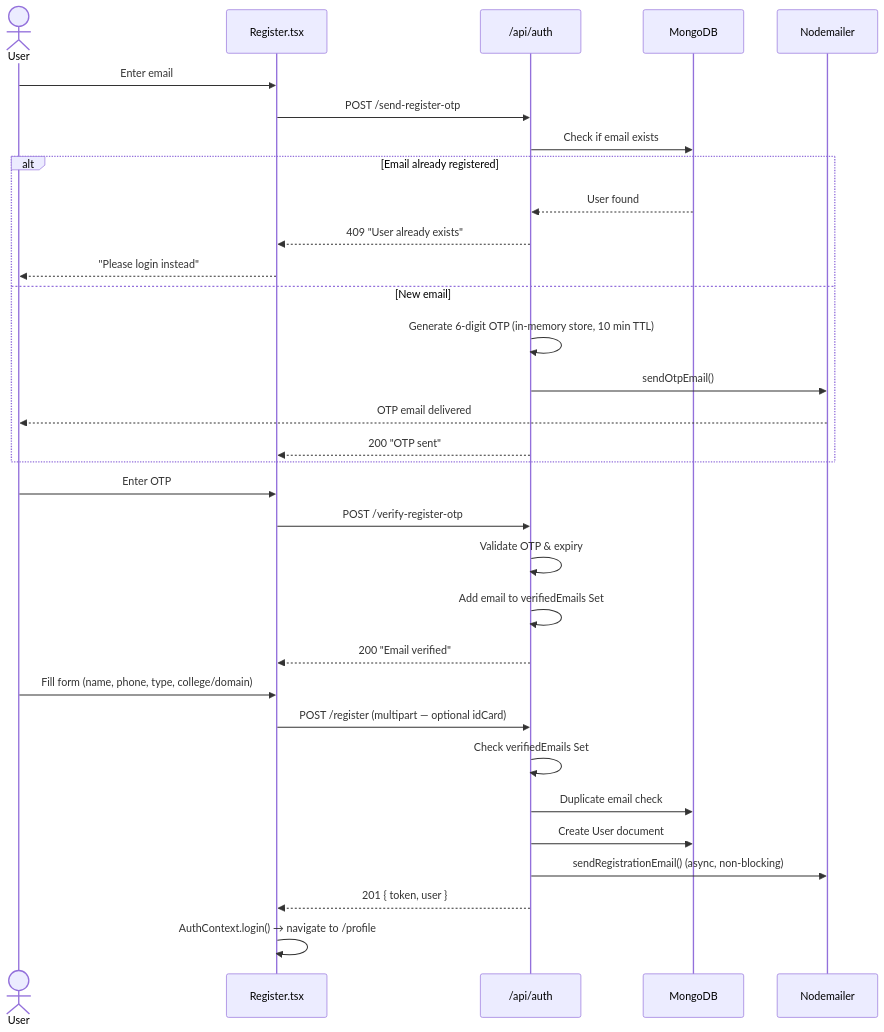
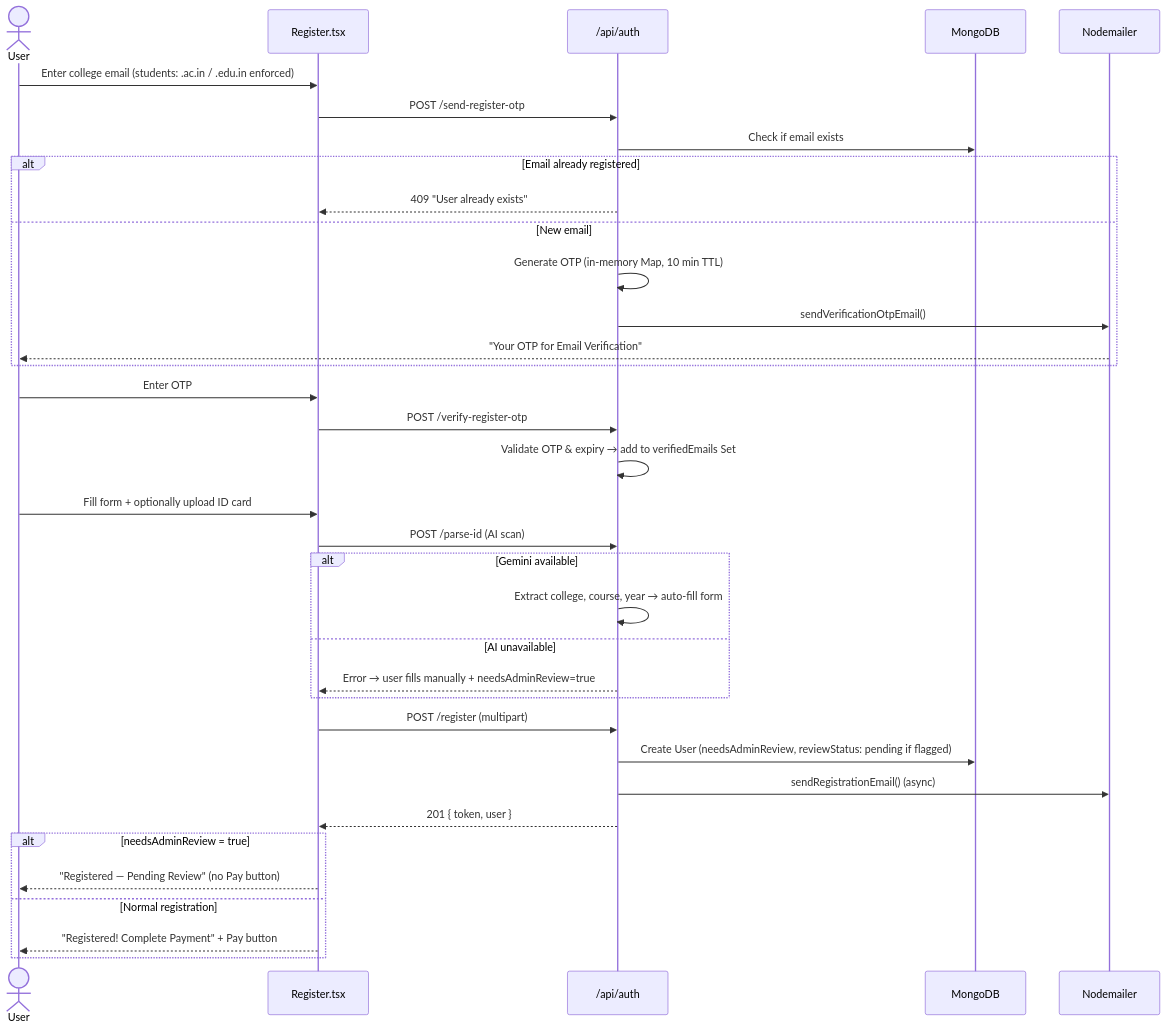
The second of 4 diagrams in README.md (akshayaav246-collab/LeadwithAI), drawn with Mermaid before and after one commit. The commit also changed other lines of this file and 22 other files, not shown here.

````diff
--- a/README.md
+++ b/README.md
@@ -204,37 +188,42 @@
 ```mermaid
 sequenceDiagram
     actor User
     participant FE as Register.tsx
     participant BE as /api/auth
     participant DB as MongoDB
     participant Mail as Nodemailer
 
-    User->>FE: Enter email
+    User->>FE: Enter college email (students: .ac.in / .edu.in enforced)
     FE->>BE: POST /send-register-otp
     BE->>DB: Check if email exists
     alt Email already registered
-        DB-->>BE: User found
         BE-->>FE: 409 "User already exists"
-        FE-->>User: "Please login instead"
     else New email
-        BE->>BE: Generate 6-digit OTP (in-memory store, 10 min TTL)
-        BE->>Mail: sendOtpEmail()
-        Mail-->>User: OTP email delivered
-        BE-->>FE: 200 "OTP sent"
+        BE->>BE: Generate OTP (in-memory Map, 10 min TTL)
+        BE->>Mail: sendVerificationOtpEmail()
+        Mail-->>User: "Your OTP for Email Verification"
     end
 
     User->>FE: Enter OTP
     FE->>BE: POST /verify-register-otp
-    BE->>BE: Validate OTP & expiry
-    BE->>BE: Add email to verifiedEmails Set
-    BE-->>FE: 200 "Email verified"
+    BE->>BE: Validate OTP & expiry → add to verifiedEmails Set
 
-    User->>FE: Fill form (name, phone, type, college/domain)
-    FE->>BE: POST /register (multipart — optional idCard)
-    BE->>BE: Check verifiedEmails Set
-    BE->>DB: Duplicate email check
-    BE->>DB: Create User document
-    BE->>Mail: sendRegistrationEmail() (async, non-blocking)
+    User->>FE: Fill form + optionally upload ID card
+    FE->>BE: POST /parse-id (AI scan)
+    alt Gemini available
+        BE->>BE: Extract college, course, year → auto-fill form
+    else AI unavailable
+        BE-->>FE: Error → user fills manually + needsAdminReview=true
+    end
+
+    FE->>BE: POST /register (multipart)
+    BE->>DB: Create User (needsAdminReview, reviewStatus: pending if flagged)
+    BE->>Mail: sendRegistrationEmail() (async)
     BE-->>FE: 201 { token, user }
-    FE->>FE: AuthContext.login() → navigate to /profile
+
+    alt needsAdminReview = true
+        FE-->>User: "Registered — Pending Review" (no Pay button)
+    else Normal registration
+        FE-->>User: "Registered! Complete Payment" + Pay button
+    end
 ```
````
